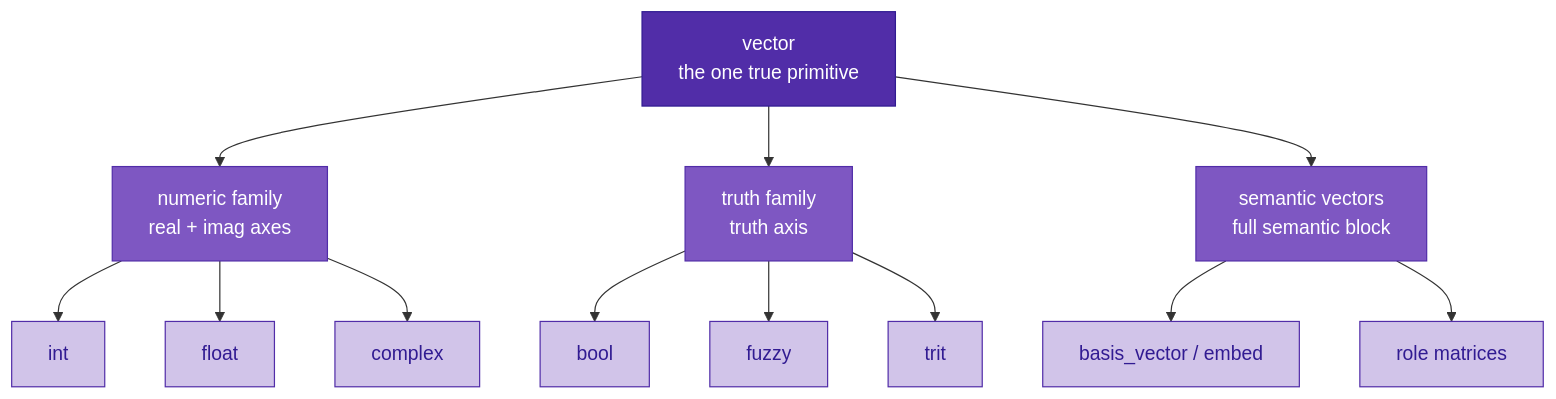
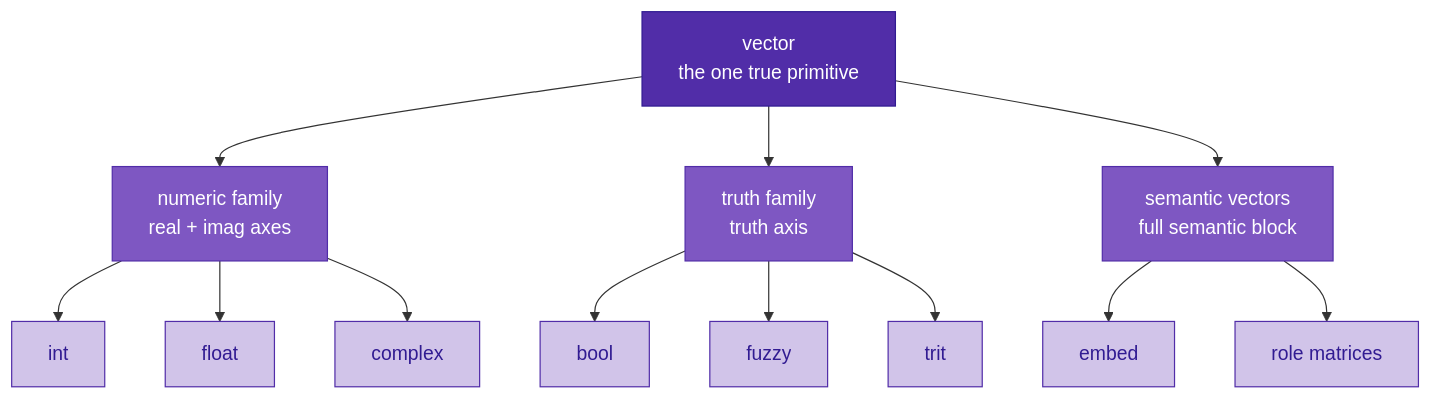
One commit to EmmaLeonhart/Sutra changed the first of 6 diagrams in docs/primitive-classes.md. Above: the diagram before and after it, drawn with Mermaid. The commit also changed 42 other files, not shown here.

First line of the commit message:
alias: basis_vector -> embed across examples + docs (user-facing surface)

````diff
--- a/docs/primitive-classes.md
+++ b/docs/primitive-classes.md
@@ -13,26 +13,26 @@
 ```mermaid
 graph TD
     V[vector<br/>the one true primitive]
     V --> NUM[numeric family<br/>real + imag axes]
     V --> TRU[truth family<br/>truth axis]
     V --> SEM[semantic vectors<br/>full semantic block]
 
     NUM --> INT[int]
     NUM --> FLT[float]
     NUM --> CPX[complex]
 
     TRU --> BOOL[bool]
     TRU --> FUZZ[fuzzy]
     TRU --> TRIT[trit]
 
-    SEM --> BV[basis_vector / embed]
+    SEM --> BV[embed]
     SEM --> ROLE[role matrices]
 
     classDef root fill:#512da8,color:#fff,stroke:#311b92
     classDef family fill:#7e57c2,color:#fff,stroke:#512da8
     classDef leaf fill:#d1c4e9,color:#311b92,stroke:#512da8
 
     class V root
     class NUM,TRU,SEM family
     class INT,FLT,CPX,BOOL,FUZZ,TRIT,BV,ROLE leaf
 ```
````
